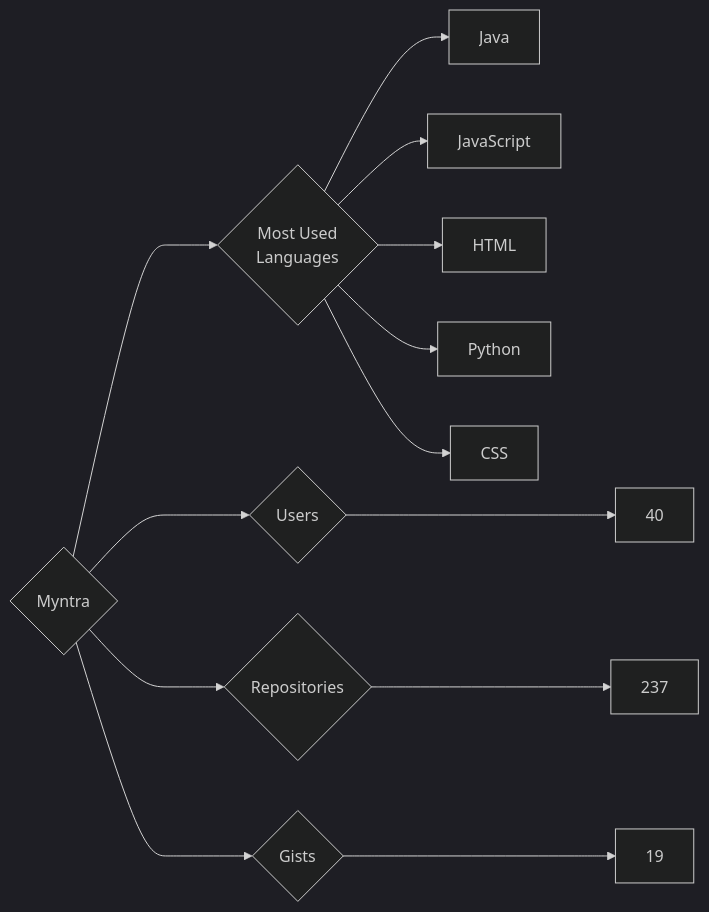
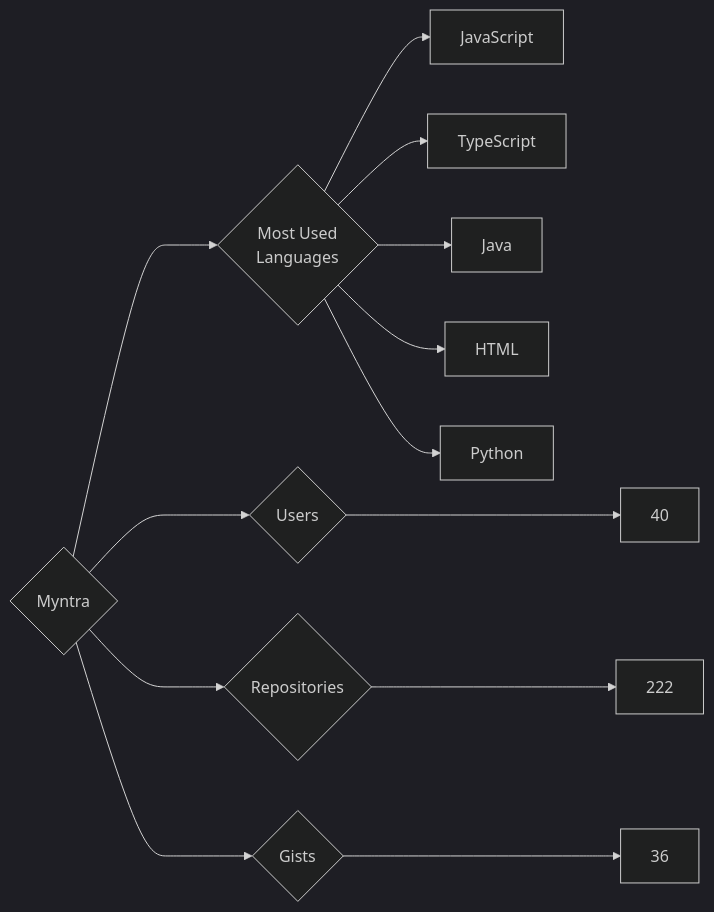
Before and after one commit to trickest/insiders: the diagram in targets/Myntra/README.md, drawn with Mermaid (dark theme). The commit also changed 728 other files, not shown here.

````diff
--- a/targets/Myntra/README.md
+++ b/targets/Myntra/README.md
@@ -3,13 +3,13 @@
 ```mermaid
 graph LR
 COMPANY_NAME{Myntra}
 COMPANY_NAME ---> U{Users} ---> UN[40]
-COMPANY_NAME ---> R{Repositories} ---> RN[237]
-COMPANY_NAME ---> G{Gists} ---> GN[19]
+COMPANY_NAME ---> R{Repositories} ---> RN[222]
+COMPANY_NAME ---> G{Gists} ---> GN[36]
 COMPANY_NAME ---> ML{Most Used<br>Languages}
+ML --> JavaScript[JavaScript]
+ML --> TypeScript[TypeScript]
 ML --> Java[Java]
-ML --> JavaScript[JavaScript]
 ML --> HTML[HTML]
 ML --> Python[Python]
-ML --> CSS[CSS]
 ```
````
